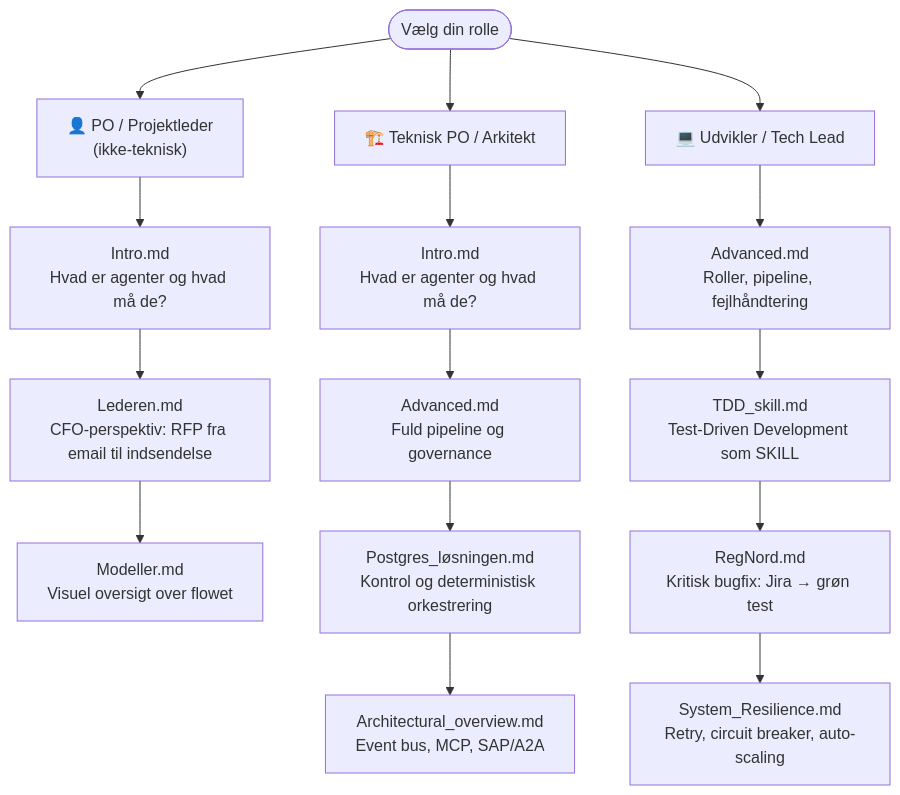
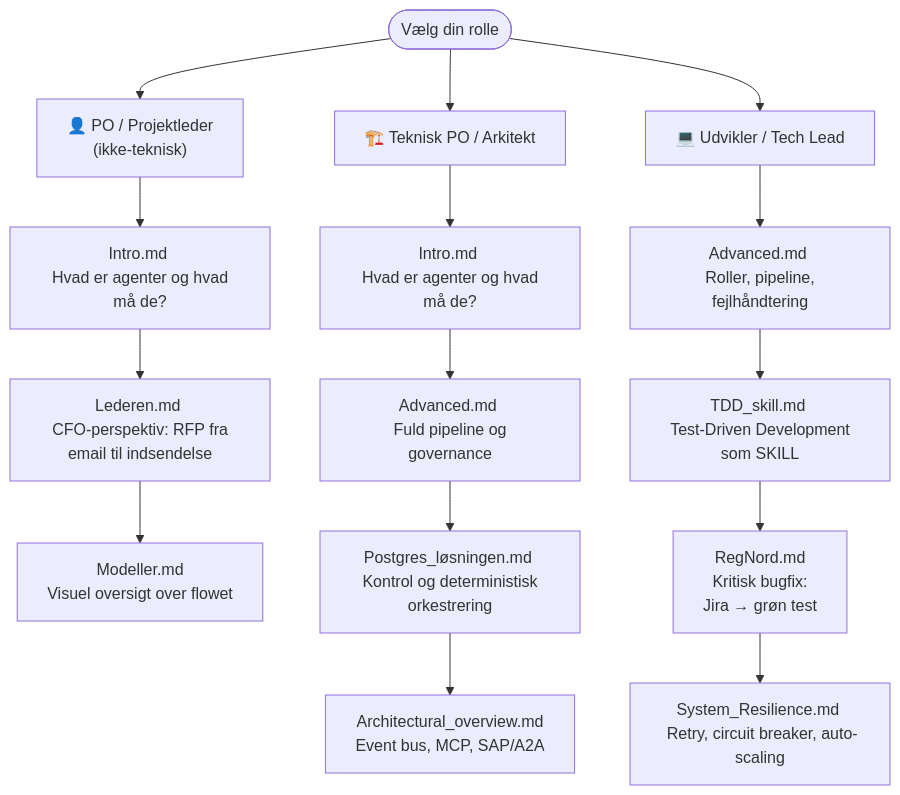
One commit to chrisstineline/CGI_Agent changed the diagram in README.md. Above: the diagram before and after it, drawn with Mermaid.

````diff
--- a/README.md
+++ b/README.md
@@ -66,24 +66,24 @@
 ```mermaid
 flowchart TD
     START([Vælg din rolle]) --> PO
     START --> TPO
     START --> DEV
 
-    PO["👤 PO / Projektleder\n(ikke-teknisk)"]
+    PO["👤 PO / Projektleder <br> (ikke-teknisk)"]
     TPO["🏗️ Teknisk PO / Arkitekt"]
     DEV["💻 Udvikler / Tech Lead"]
 
-    PO --> P1["Intro.md\nHvad er agenter og hvad må de?"]
-    P1 --> P2["Lederen.md\nCFO-perspektiv: RFP fra email til indsendelse"]
-    P2 --> P3["Modeller.md\nVisuel oversigt over flowet"]
+    PO --> P1["Intro.md <br> Hvad er agenter og hvad må de?"]
+    P1 --> P2["Lederen.md <br> CFO-perspektiv: RFP fra email til indsendelse"]
+    P2 --> P3["Modeller.md <br> Visuel oversigt over flowet"]
 
-    TPO --> T1["Intro.md\nHvad er agenter og hvad må de?"]
-    T1 --> T2["Advanced.md\nFuld pipeline og governance"]
-    T2 --> T3["Postgres_løsningen.md\nKontrol og deterministisk orkestrering"]
-    T3 --> T4["Architectural_overview.md\nEvent bus, MCP, SAP/A2A"]
+    TPO --> T1["Intro.md <br> Hvad er agenter og hvad må de?"]
+    T1 --> T2["Advanced.md <br> Fuld pipeline og governance"]
+    T2 --> T3["Postgres_løsningen.md <br> Kontrol og deterministisk orkestrering"]
+    T3 --> T4["Architectural_overview.md <br> Event bus, MCP, SAP/A2A"]
 
-    DEV --> D1["Advanced.md\nRoller, pipeline, fejlhåndtering"]
-    D1 --> D2["TDD_skill.md\nTest-Driven Development som SKILL"]
-    D2 --> D3["RegNord.md\nKritisk bugfix: Jira → grøn test"]
-    D3 --> D4["System_Resilience.md\nRetry, circuit breaker, auto-scaling"]
+    DEV --> D1["Advanced.md <br> Roller, pipeline, fejlhåndtering"]
+    D1 --> D2["TDD_skill.md <br> Test-Driven Development som SKILL"]
+    D2 --> D3["RegNord.md <br> Kritisk bugfix: <br> Jira → grøn test"]
+    D3 --> D4["System_Resilience.md <br> Retry, circuit breaker, auto-scaling"]
 ```
````
